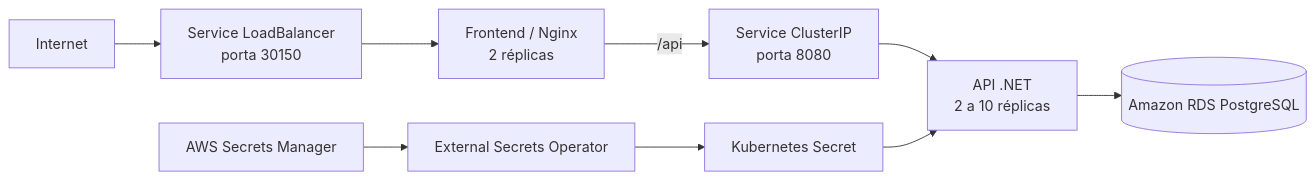
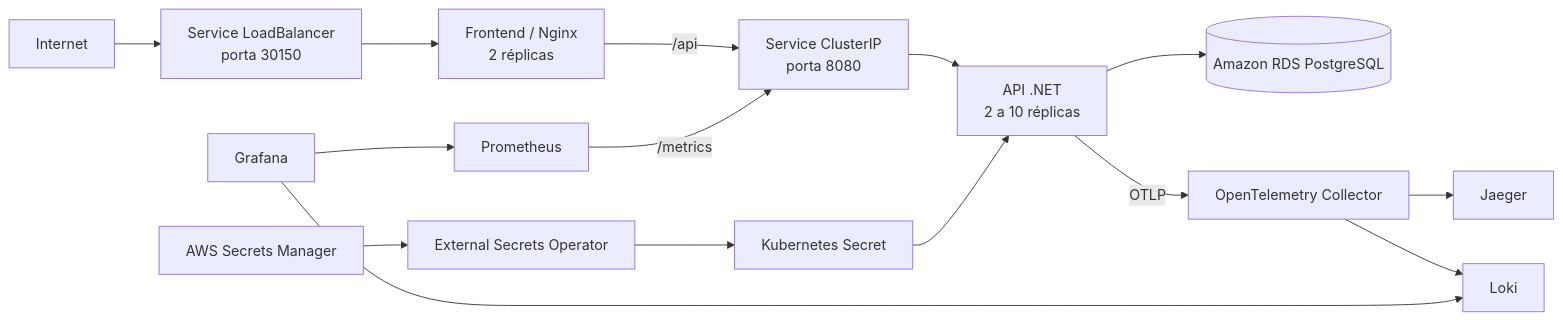
Before and after one commit to Maieru/fiap-tech-challenge: the diagram in k8s/README.md, drawn with Mermaid. The commit also changed other lines of this file and 14 other files, not shown here.

````diff
--- a/k8s/README.md
+++ b/k8s/README.md
@@ -7,11 +7,17 @@
 ```mermaid
 graph LR
     Internet --> LB["Service LoadBalancer<br/>porta 30150"]
     LB --> Frontend["Frontend / Nginx<br/>2 réplicas"]
     Frontend -->|"/api"| BackendService["Service ClusterIP<br/>porta 8080"]
     BackendService --> Backend["API .NET<br/>2 a 10 réplicas"]
     Backend --> RDS[(Amazon RDS PostgreSQL)]
+    Backend -->|"OTLP"| Collector[OpenTelemetry Collector]
+    Collector --> Jaeger
+    Collector --> Loki
+    Prometheus -->|"/metrics"| BackendService
+    Grafana --> Prometheus
+    Grafana --> Loki
     Secrets["AWS Secrets Manager"] --> ExternalSecrets["External Secrets Operator"]
     ExternalSecrets --> BackendSecret["Kubernetes Secret"]
     BackendSecret --> Backend
 ```
````
